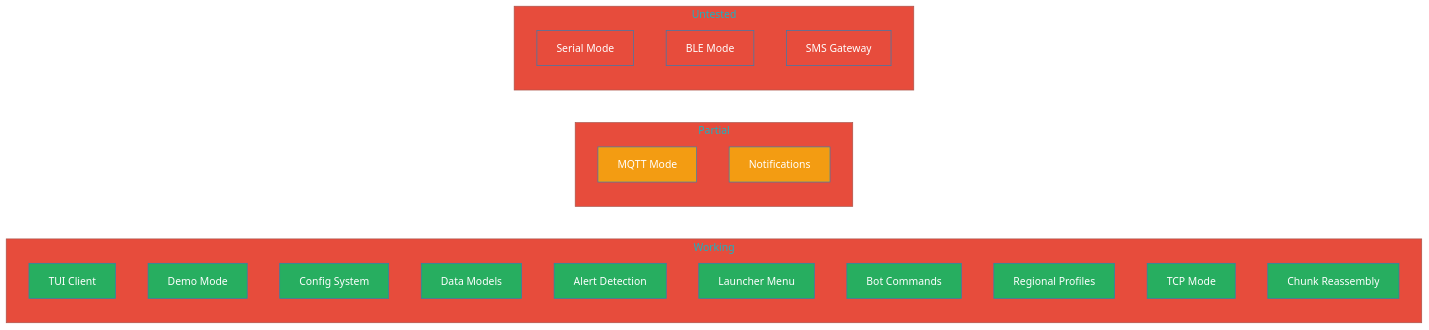
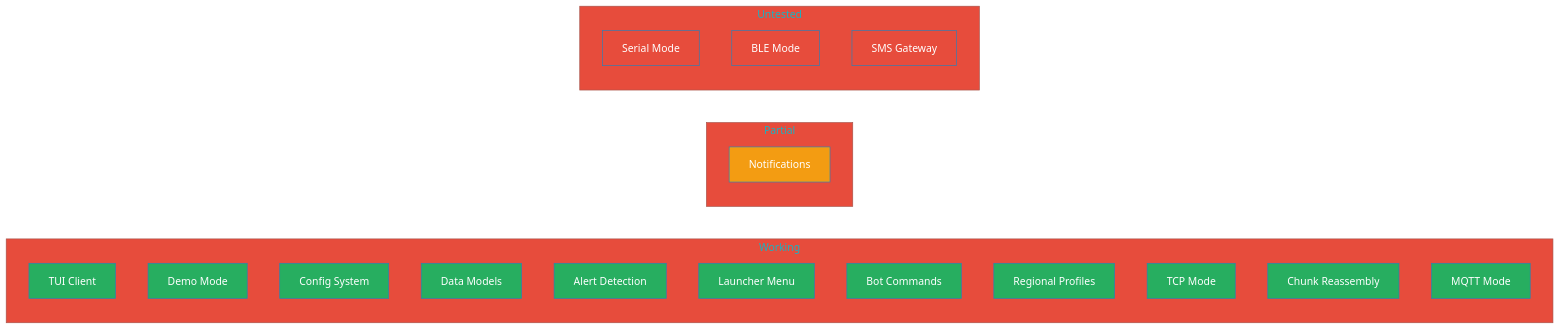
Before and after one commit to Nursedude/meshing_around_meshforge: the first of 5 diagrams in README.md, drawn with Mermaid. The commit also changed other lines of this file, not shown here.

First line of the commit message:
docs: Pi2W deployment guide, MQTT status upgrade, stale info fixes

````diff
--- a/README.md
+++ b/README.md
@@ -50,43 +109,43 @@
 ```mermaid
 %%{init: {'theme': 'base', 'themeVariables': { 'primaryColor': '#4a9eff', 'primaryTextColor': '#fff', 'primaryBorderColor': '#2980b9', 'lineColor': '#666', 'secondaryColor': '#27ae60', 'tertiaryColor': '#e74c3c'}}}%%
 graph LR
     subgraph "Working"
         TUI[TUI Client]
         DEMO[Demo Mode]
         CFG[Config System]
         MODELS[Data Models]
         ALERTS[Alert Detection]
         LAUNCH[Launcher Menu]
         CMDS[Bot Commands]
         PROF[Regional Profiles]
         TCP[TCP Mode]
         CHUNK[Chunk Reassembly]
+        MQTT[MQTT Mode]
     end
 
     subgraph "Partial"
-        MQTT[MQTT Mode]
         NOTIFY[Notifications]
     end
 
     subgraph "Untested"
         SERIAL[Serial Mode]
         BLE[BLE Mode]
         SMS[SMS Gateway]
     end
 
     style TUI fill:#27ae60,color:#fff
     style DEMO fill:#27ae60,color:#fff
     style CFG fill:#27ae60,color:#fff
     style MODELS fill:#27ae60,color:#fff
     style ALERTS fill:#27ae60,color:#fff
     style LAUNCH fill:#27ae60,color:#fff
-    style MQTT fill:#f39c12,color:#fff
+    style MQTT fill:#27ae60,color:#fff
     style NOTIFY fill:#f39c12,color:#fff
     style CMDS fill:#27ae60,color:#fff
     style PROF fill:#27ae60,color:#fff
     style SERIAL fill:#e74c3c,color:#fff
     style TCP fill:#27ae60,color:#fff
     style CHUNK fill:#27ae60,color:#fff
     style BLE fill:#e74c3c,color:#fff
     style SMS fill:#e74c3c,color:#fff
 ```
````
